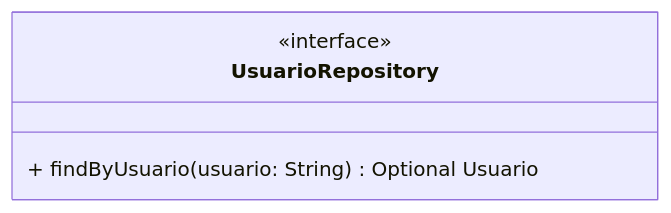
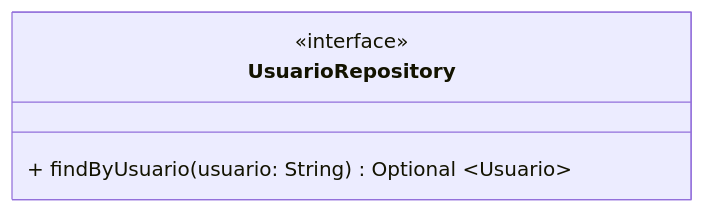
The fifth of 6 diagrams in 04_spring/16.md (rafaelq80/cookbook_java_2025), drawn with Mermaid before and after one commit. The commit also changed other lines of this file and 42 other files, not shown here.

````diff
--- a/04_spring/16.md
+++ b/04_spring/16.md
@@ -142,8 +142,8 @@
 ```mermaid
 classDiagram
     class UsuarioRepository {
         <<interface>>
-        + findByUsuario(usuario: String) Optional Usuario
+        + findByUsuario(usuario: String) Optional ~Usuario~
     }
 
 ```
````
